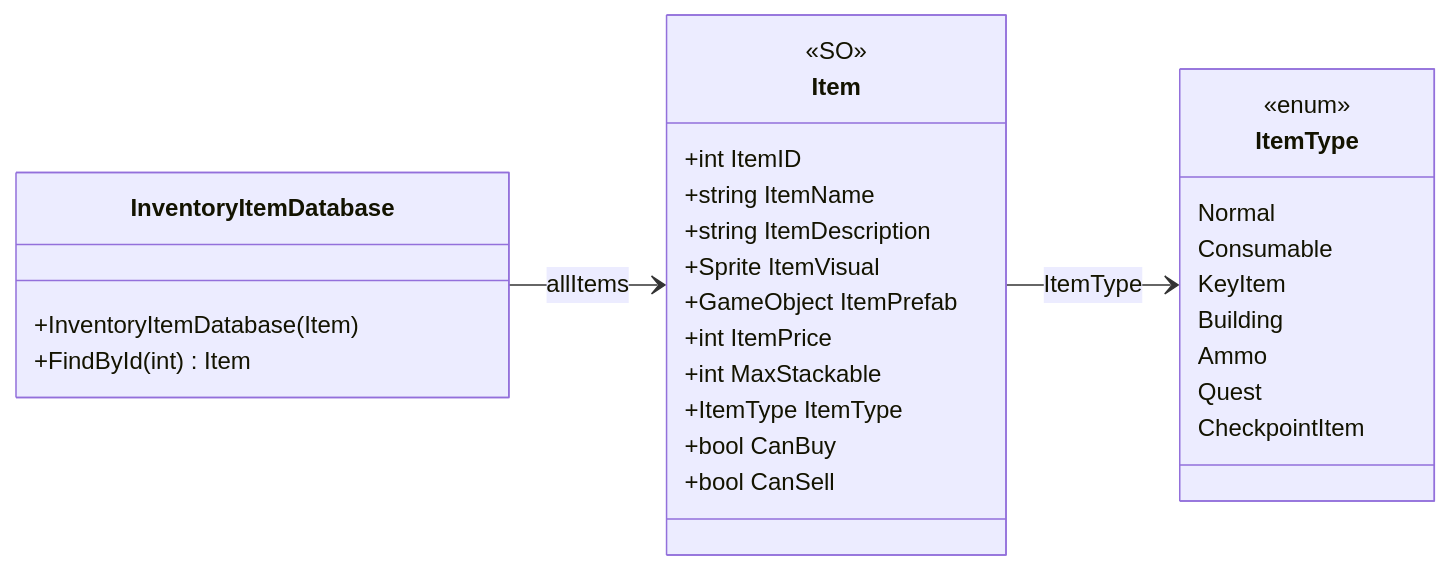
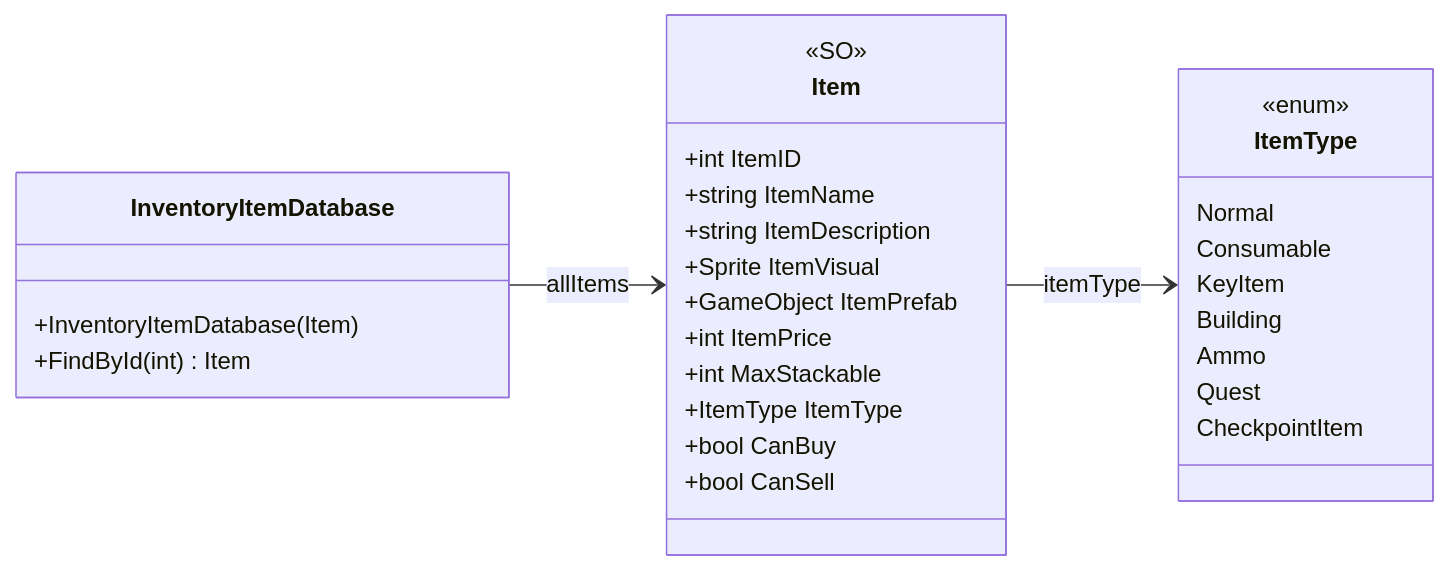
The diagram in docs/uml/modules/Core_Datas_Items.md (PhumipatWave/project-ocean), drawn with Mermaid before and after one commit. The commit also changed other lines of this file and 256 other files, not shown here.

````diff
--- a/docs/uml/modules/Core_Datas_Items.md
+++ b/docs/uml/modules/Core_Datas_Items.md
@@ -7,33 +7,33 @@
 ```mermaid
 classDiagram
   direction LR
   class InventoryItemDatabase {
     +InventoryItemDatabase(Item)
     +FindById(int) Item
   }
   class Item {
     <<SO>>
     +int ItemID
     +string ItemName
     +string ItemDescription
     +Sprite ItemVisual
     +GameObject ItemPrefab
     +int ItemPrice
     +int MaxStackable
     +ItemType ItemType
     +bool CanBuy
     +bool CanSell
   }
   class ItemType {
     <<enum>>
     Normal
     Consumable
     KeyItem
     Building
     Ammo
     Quest
     CheckpointItem
   }
   InventoryItemDatabase --> Item : allItems
-  Item --> ItemType : ItemType
+  Item --> ItemType : itemType
 ```
````
